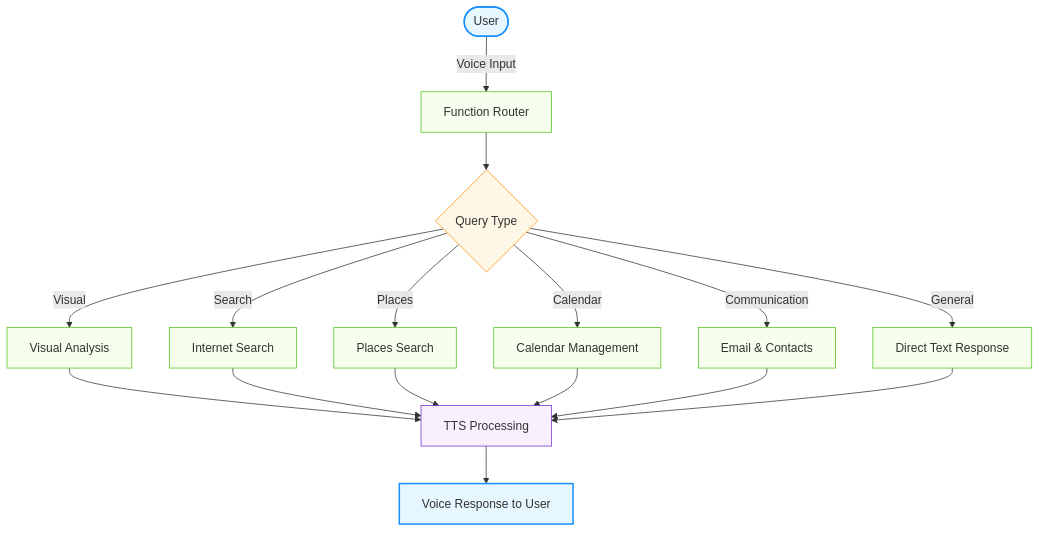
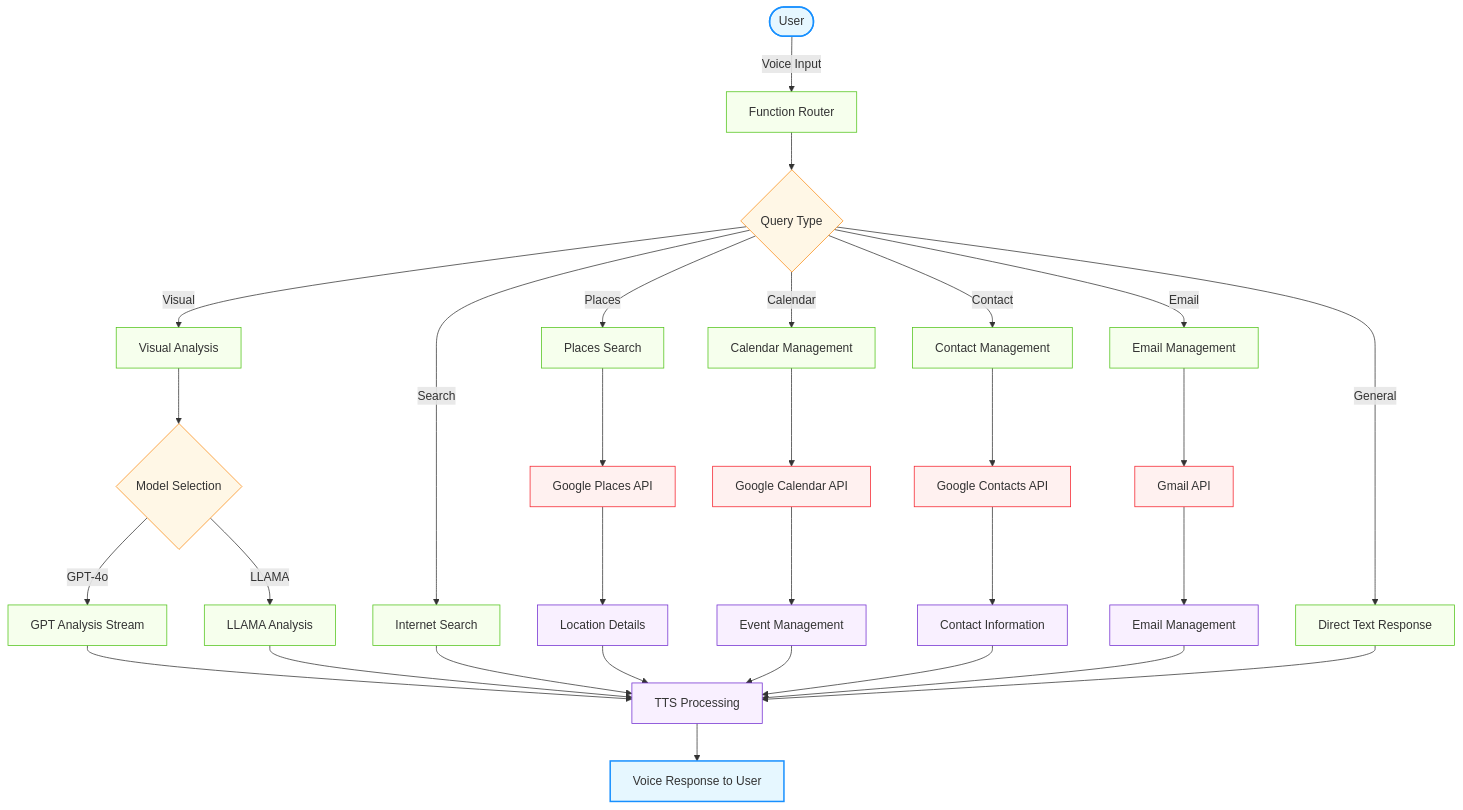
The diagram in README.md (codingaslu/Voice-Vision-Assistant-for-Blind), drawn with Mermaid before and after one commit. The commit also changed other lines of this file, not shown here.

````diff
--- a/README.md
+++ b/README.md
@@ -23,34 +23,60 @@
 ```mermaid
 graph TD
     %% Main flow - simplified
     User([User]) --> |"Voice Input"| Router["Function Router"]
     Router --> QueryType{"Query Type"}
     
     %% Simplified branches
     QueryType -->|"Visual"| VisualProcess["Visual Analysis"]
     QueryType -->|"Search"| SearchProcess["Internet Search"]
     QueryType -->|"Places"| PlacesProcess["Places Search"]
     QueryType -->|"Calendar"| CalendarProcess["Calendar Management"]
-    QueryType -->|"Communication"| CommProcess["Email & Contacts"]
+    QueryType -->|"Contact"| ContactProcess["Contact Management"]
+    QueryType -->|"Email"| EmailProcess["Email Management"]
     QueryType -->|"General"| TextProcess["Direct Text Response"]
     
+    %% Simplified visual path
+    VisualProcess --> ModelChoice{"Model Selection"}
+    ModelChoice -->|"GPT-4o"| GPTAnalysis["GPT Analysis Stream"]
+    ModelChoice -->|"LLAMA"| LLAMAAnalysis["LLAMA Analysis"]
+    
+    %% Places path
+    PlacesProcess --> GooglePlaces["Google Places API"]
+    GooglePlaces --> PlacesResults["Location Details"]
+    
+    %% Calendar path
+    CalendarProcess --> GoogleCalendar["Google Calendar API"]
+    GoogleCalendar --> CalendarResults["Event Management"]
+    
+    %% Contact path
+    ContactProcess --> GoogleContacts["Google Contacts API"]
+    GoogleContacts --> ContactResults["Contact Information"]
+    
+    %% Email path
+    EmailProcess --> Gmail["Gmail API"]
+    Gmail --> EmailResults["Email Management"]
+    
     %% Output consolidation - simplified
-    VisualProcess --> Response["TTS Processing"]
+    GPTAnalysis --> Response["TTS Processing"]
+    LLAMAAnalysis --> Response
     SearchProcess --> Response
-    PlacesProcess --> Response
-    CalendarProcess --> Response
-    CommProcess --> Response
+    PlacesResults --> Response
+    CalendarResults --> Response
+    ContactResults --> Response
+    EmailResults --> Response
     TextProcess --> Response
     Response --> Deliver["Voice Response to User"]
     
     %% Styling
     classDef interface fill:#e6f7ff,stroke:#1890ff,stroke-width:2px
     classDef process fill:#f6ffed,stroke:#52c41a,stroke-width:1px
     classDef decision fill:#fff7e6,stroke:#fa8c16,stroke-width:1px
     classDef output fill:#f9f0ff,stroke:#722ed1,stroke-width:1px
+    classDef api fill:#fff1f0,stroke:#f5222d,stroke-width:1px
     
     class User,Deliver interface
-    class Router,VisualProcess,SearchProcess,TextProcess,PlacesProcess,CalendarProcess,CommProcess process
-    class QueryType decision
-    class Response output
+    class Router,VisualProcess,GPTAnalysis,LLAMAAnalysis,SearchProcess,TextProcess,PlacesProcess,CalendarProcess,ContactProcess,EmailProcess process
+    class QueryType,ModelChoice decision
+    class Response,PlacesResults,CalendarResults,ContactResults,EmailResults output
+    class GooglePlaces,GoogleCalendar,GoogleContacts,Gmail api
 ```
````
